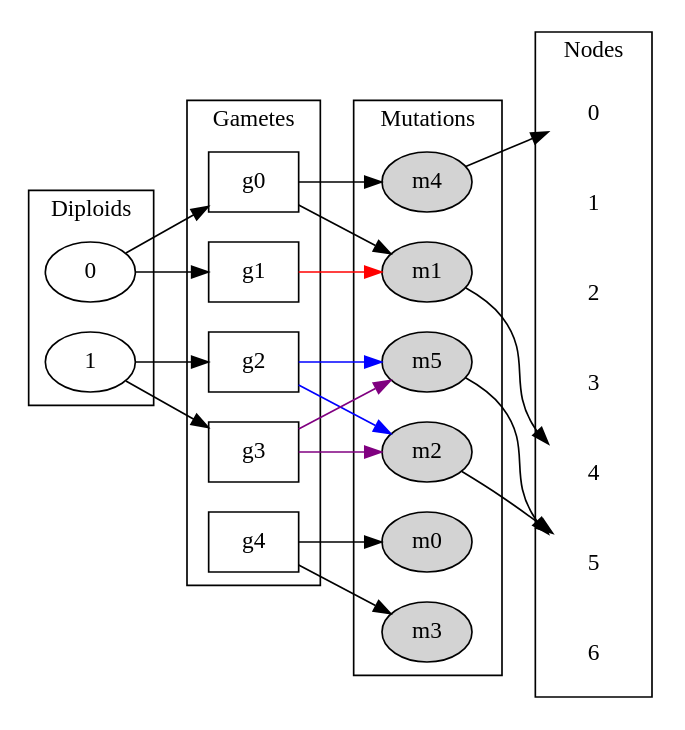
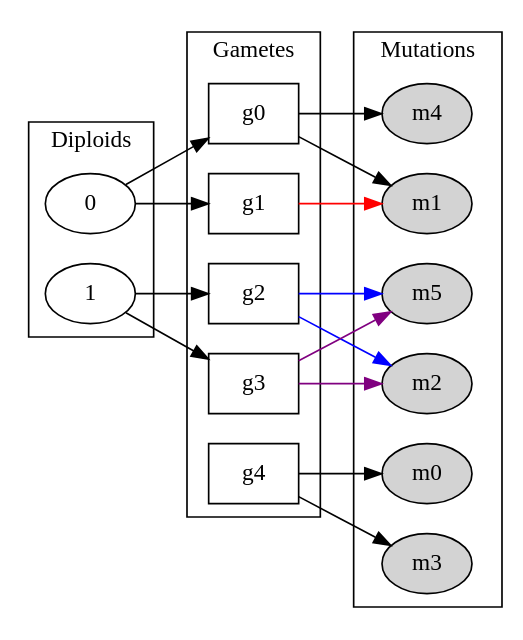
The diagram in figs/datastructures.dot (molpopgen/fwdpp_tsms), drawn with Graphviz before and after one commit.

Commit message:
Remove nodes from data structures fig

```diff
--- a/figs/datastructures.dot
+++ b/figs/datastructures.dot
@@ -1,53 +1,53 @@
 digraph d {
     graph[rankdir=LR]
 
     subgraph cluster_diploids {
     node [shape=oval]
     0 
     1
     label="Diploids"
     }
 
     subgraph cluster_gametes {
     node [shape=box]
     g0
     g1
     g2
     g3
     g4
     label="Gametes"
     }
 
     0 -> {g0, g1}
     1 -> {g2, g3}
 
     subgraph cluster_mutations {
     node [style=filled]
     m0  m1 m2  m3  m4  m5
     label="Mutations"
     }
 
     g0 -> {m1,m4} 
     g1 -> {m1} [color="red"]
     g2 -> {m2,m5} [color="blue"]
     g3 -> {m2,m5} [color="purple"]
     g4 -> {m0,m3}
 
-    subgraph cluster_nodes
-    {
-    node [shape=none];
-    n0 [label="0"];
-    n1 [label="1"];
-    n2 [label="2"];
-    n3 [label="3"];
-    n4 [label="4"];
-    n5 [label="5"];
-    n6 [label="6"];
-    label="Nodes"
-    }
+    //subgraph cluster_nodes
+    //{
+    //node [shape=none];
+    //n0 [label="0"];
+    //n1 [label="1"];
+    //n2 [label="2"];
+    //n3 [label="3"];
+    //n4 [label="4"];
+    //n5 [label="5"];
+    //n6 [label="6"];
+    //label="Nodes"
+    //}
 
-    m1 -> n4 [constraint=false];
-    m4 ->n0 ;
-    m2 -> n5;
-    m5 -> n5[constraint=false];
+    //m1 -> n4 [constraint=false];
+    //m4 ->n0 ;
+    //m2 -> n5;
+    //m5 -> n5[constraint=false];
 }
```
